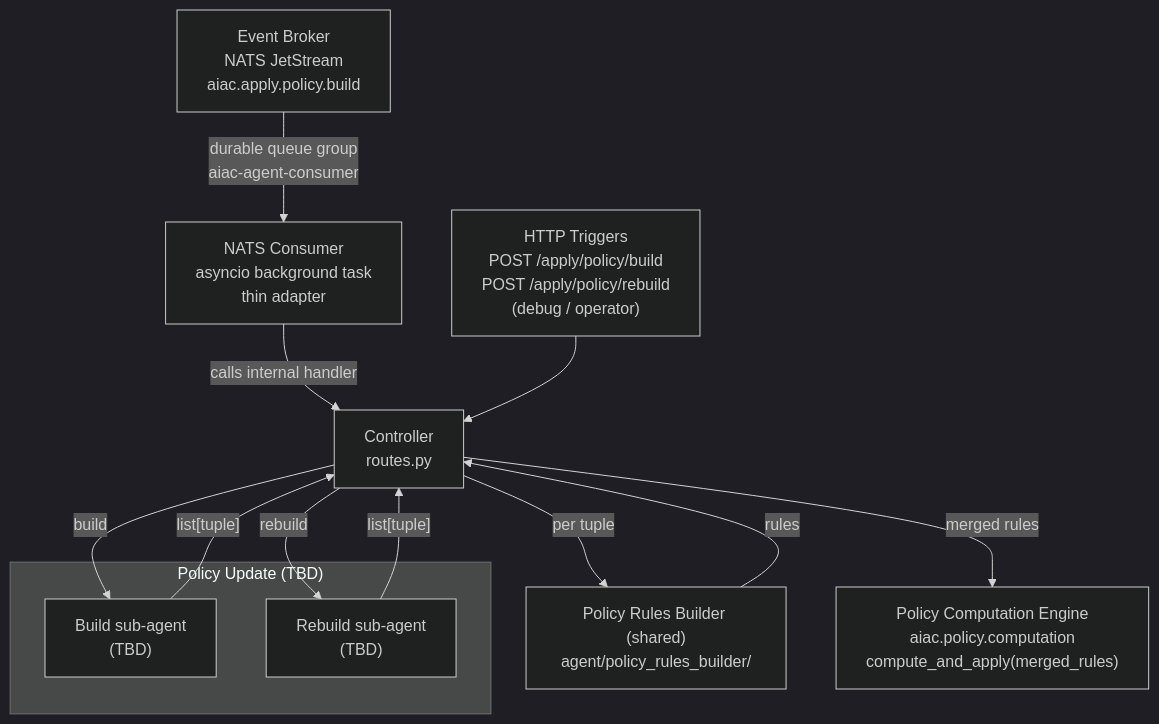
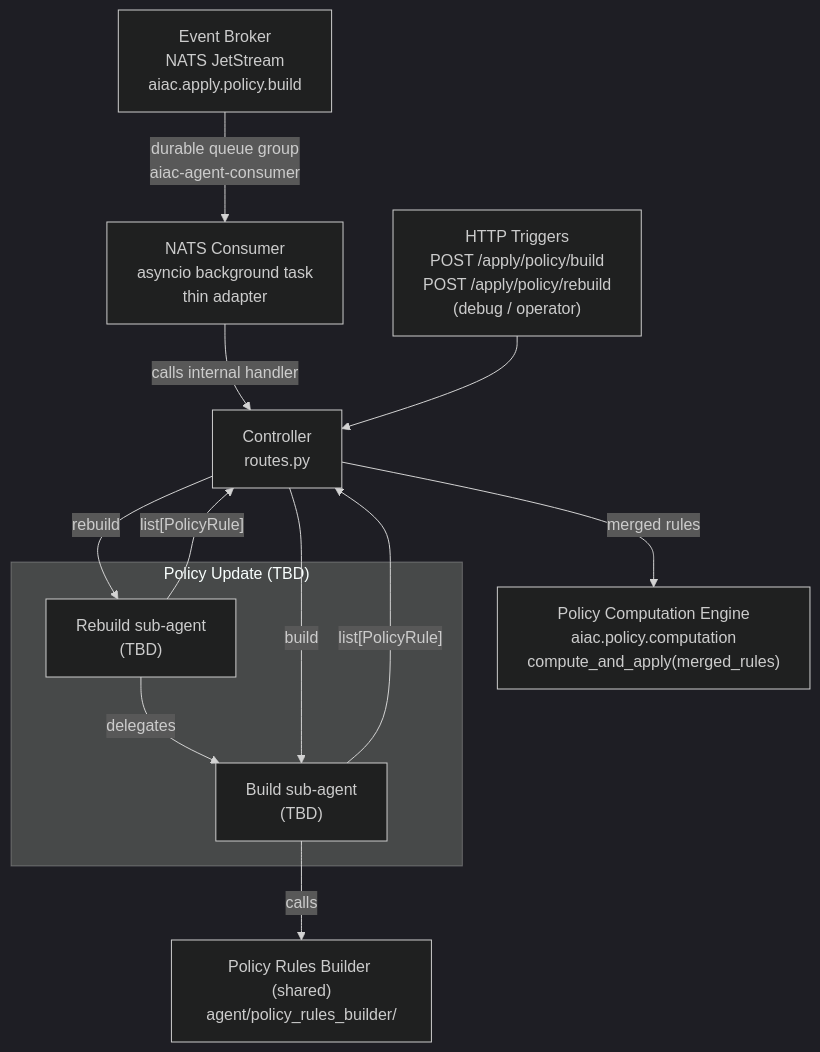
Before and after one commit to rossoctl/aiac: the diagram in inception/requirements/components/aiac-agent/uc2-policy-update.md, drawn with Mermaid (dark theme). The commit also changed other lines of this file and 4 other files, not shown here.

First line of the commit message:
docs(aiac-agent): move PRB calls from Controller into producing sub-agents

````diff
--- a/inception/requirements/components/aiac-agent/uc2-policy-update.md
+++ b/inception/requirements/components/aiac-agent/uc2-policy-update.md
@@ -17,27 +17,28 @@
 ```mermaid
 flowchart TD
     NATS["Event Broker\nNATS JetStream\naiac.apply.policy.build"]
     NATS_CONSUMER["NATS Consumer\nasyncio background task\nthin adapter"]
     TRIGGERS["HTTP Triggers\nPOST /apply/policy/build\nPOST /apply/policy/rebuild\n(debug / operator)"]
     CTRL["Controller\nroutes.py"]
 
     NATS -->|"durable queue group\naiac-agent-consumer"| NATS_CONSUMER
     NATS_CONSUMER -->|"calls internal handler"| CTRL
     TRIGGERS --> CTRL
 
     subgraph PU["Policy Update (TBD)"]
         SA_BUILD["Build sub-agent\n(TBD)"]
         SA_REBUILD["Rebuild sub-agent\n(TBD)"]
     end
 
     PRB["Policy Rules Builder (shared)\nagent/policy_rules_builder/"]
     PCE["Policy Computation Engine\naiac.policy.computation\ncompute_and_apply(merged_rules)"]
 
+    SA_REBUILD -->|"delegates"| SA_BUILD
+    SA_BUILD -->|"calls"| PRB
+
     CTRL -->|"build"| SA_BUILD
     CTRL -->|"rebuild"| SA_REBUILD
-    SA_BUILD -->|"list[tuple]"| CTRL
-    SA_REBUILD -->|"list[tuple]"| CTRL
-    CTRL -->|"per tuple"| PRB
-    PRB -->|"rules"| CTRL
+    SA_BUILD -->|"list[PolicyRule]"| CTRL
+    SA_REBUILD -->|"list[PolicyRule]"| CTRL
     CTRL -->|"merged rules"| PCE
 ```
````
